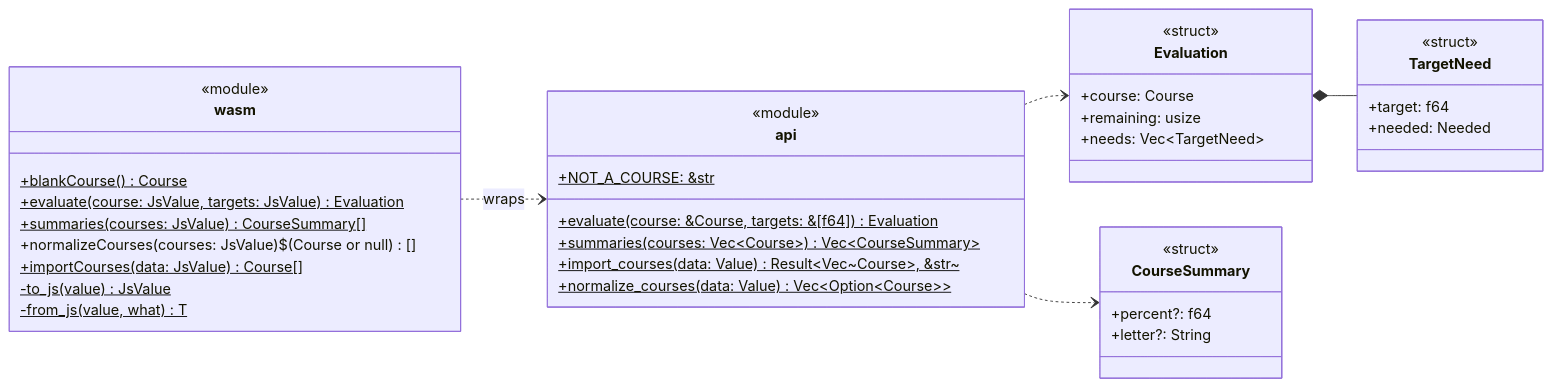
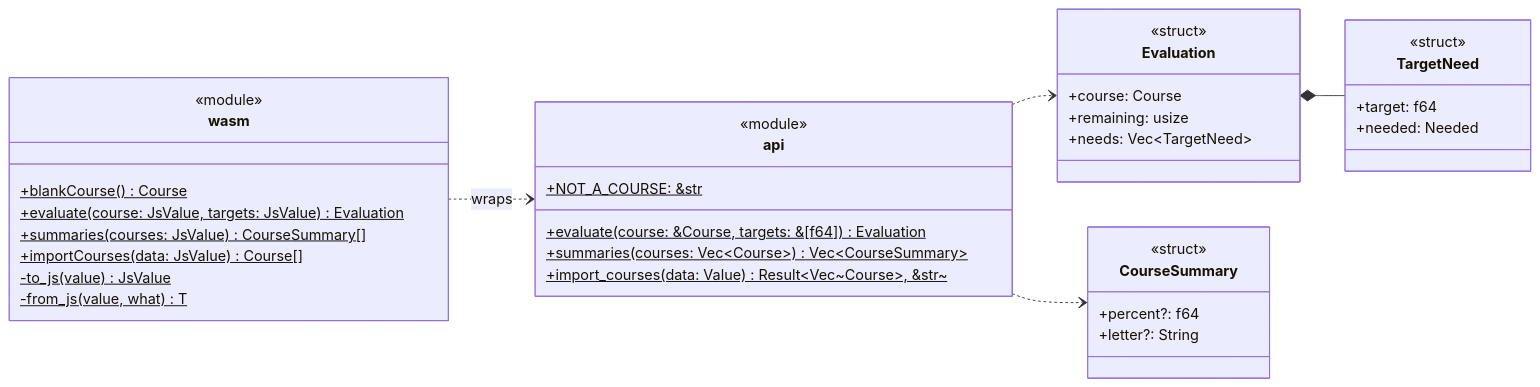
Before and after one commit to Patman1O1/grade-calculator: the sixth of 9 diagrams in docs/uml.md, drawn with Mermaid. The commit also changed other lines of this file and 14 other files, not shown here.

````diff
--- a/docs/uml.md
+++ b/docs/uml.md
@@ -253,42 +252,40 @@
 ```mermaid
 classDiagram
   direction LR
   class wasm {
     <<module>>
     +blankCourse()$ Course
     +evaluate(course: JsValue, targets: JsValue)$ Evaluation
     +summaries(courses: JsValue)$ CourseSummary[]
-    +normalizeCourses(courses: JsValue)$ (Course or null)[]
     +importCourses(data: JsValue)$ Course[]
     -to_js(value)$ JsValue
     -from_js(value, what)$ T
   }
   class api {
     <<module>>
     +NOT_A_COURSE: &str$
     +evaluate(course: &Course, targets: &[f64])$ Evaluation
     +summaries(courses: Vec~Course~)$ Vec~CourseSummary~
     +import_courses(data: Value)$ Result~Vec~Course~, &str~
-    +normalize_courses(data: Value)$ Vec~Option~Course~~
   }
   class Evaluation {
     <<struct>>
     +course: Course
     +remaining: usize
     +needs: Vec~TargetNeed~
   }
   class TargetNeed {
     <<struct>>
     +target: f64
     +needed: Needed
   }
   class CourseSummary {
     <<struct>>
     +percent?: f64
     +letter?: String
   }
   wasm ..> api : wraps
   api ..> Evaluation
   Evaluation *-- TargetNeed
   api ..> CourseSummary
 ```
````
